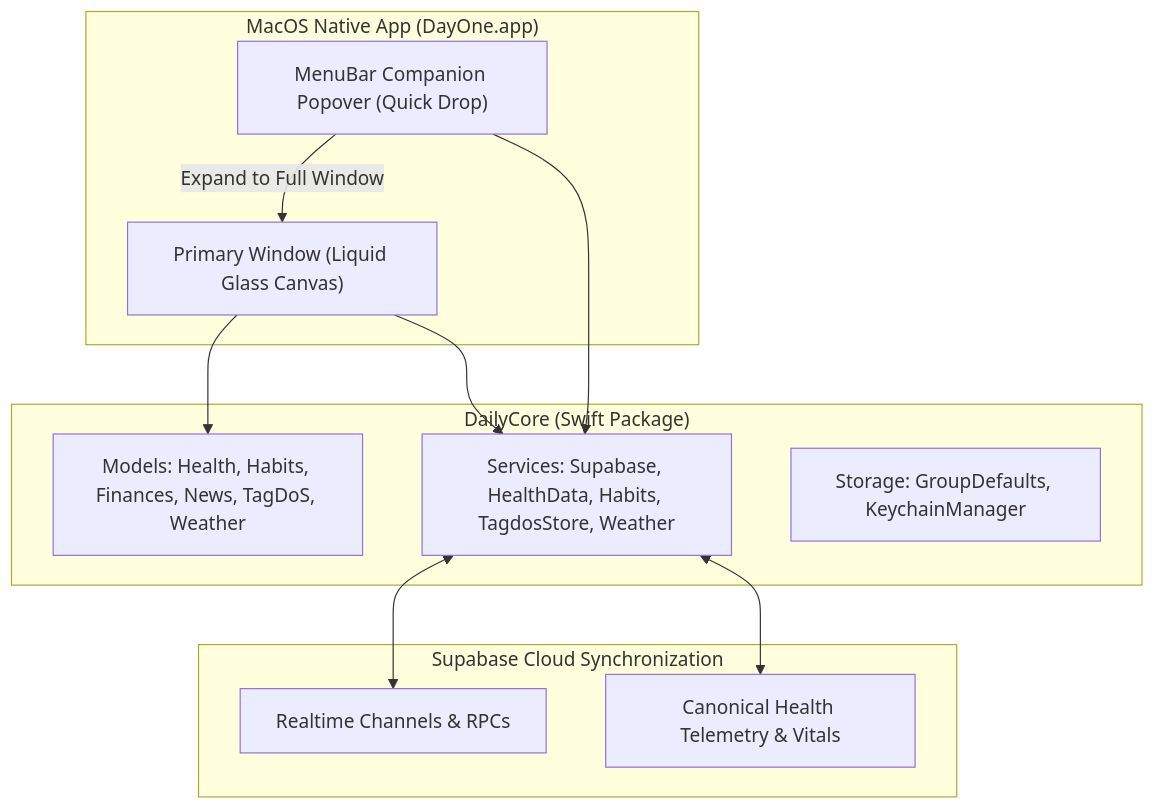
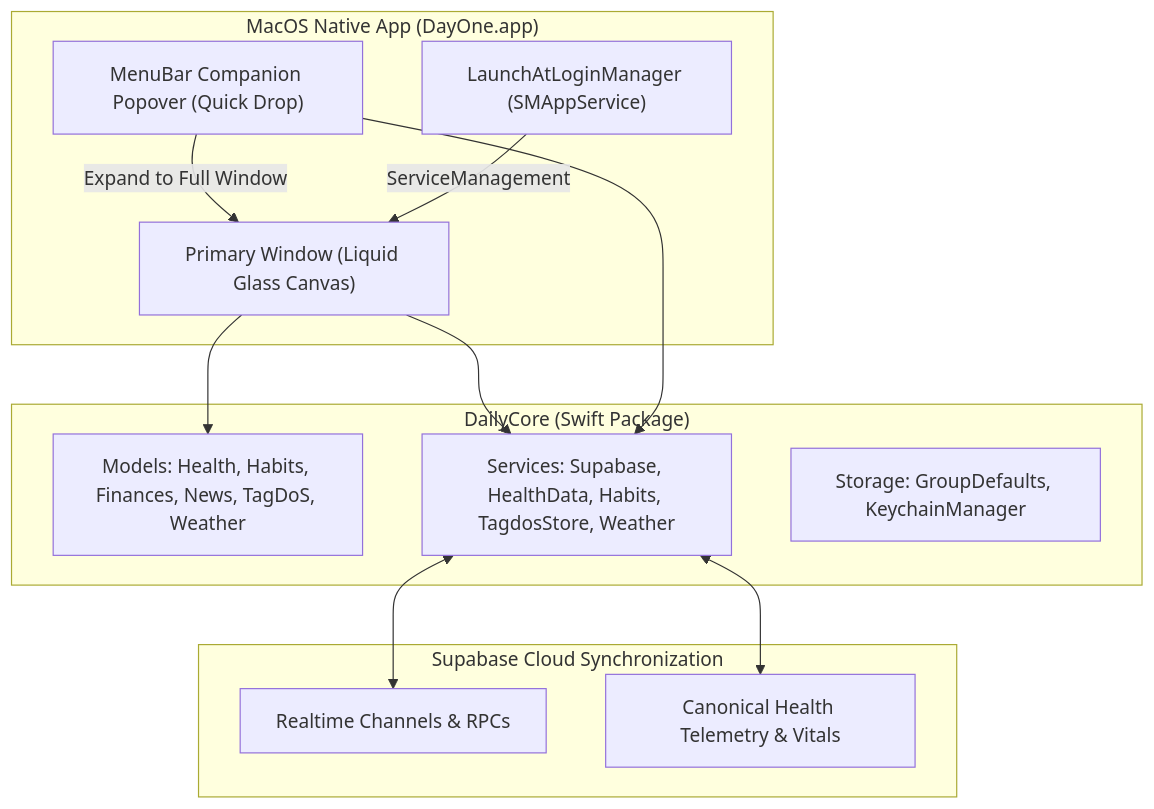
One commit to intellidream/Daily changed the diagram in Docs/Features/MacOS_Architecture_And_Parity.md. Above: the diagram before and after it, drawn with Mermaid. The commit also changed other lines of this file and 12 other files, not shown here.

First line of the commit message:
feat(macos): launch at login, dynamic menubar telemetry, and responsive desktop framing

````diff
--- a/Docs/Features/MacOS_Architecture_And_Parity.md
+++ b/Docs/Features/MacOS_Architecture_And_Parity.md
@@ -11,26 +11,28 @@
 ```mermaid
 flowchart TD
     subgraph Shared Core ["DailyCore (Swift Package)"]
-        M[Models: Health, Habits, Finances, News, TagDoS, Weather]
-        S[Services: Supabase, HealthData, Habits, TagdosStore, Weather]
-        K[Storage: GroupDefaults, KeychainManager]
+        M["Models: Health, Habits, Finances, News, TagDoS, Weather"]
+        S["Services: Supabase, HealthData, Habits, TagdosStore, Weather"]
+        K["Storage: GroupDefaults, KeychainManager"]
     end
 
     subgraph Native MacOS ["MacOS Native App (DayOne.app)"]
         MW["Primary Window (Liquid Glass Canvas)"]
         MB["MenuBar Companion Popover (Quick Drop)"]
+        LLM["LaunchAtLoginManager (SMAppService)"]
         
         MW --> M
         MW --> S
         MB --> S
         MB -->|"Expand to Full Window"| MW
+        LLM -->|"ServiceManagement"| MW
     end
 
     subgraph Remote Cloud ["Supabase Cloud Synchronization"]
         RT["Realtime Channels & RPCs"]
         TEL["Canonical Health Telemetry & Vitals"]
     end
 
     S <--> RT
     S <--> TEL
 ```
````
